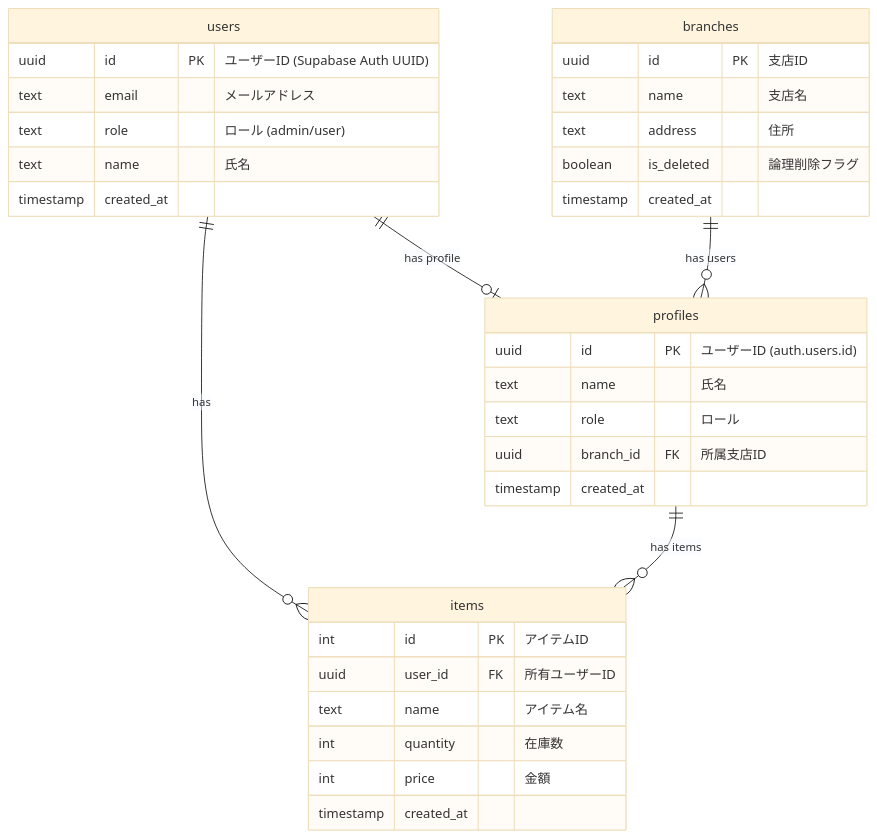
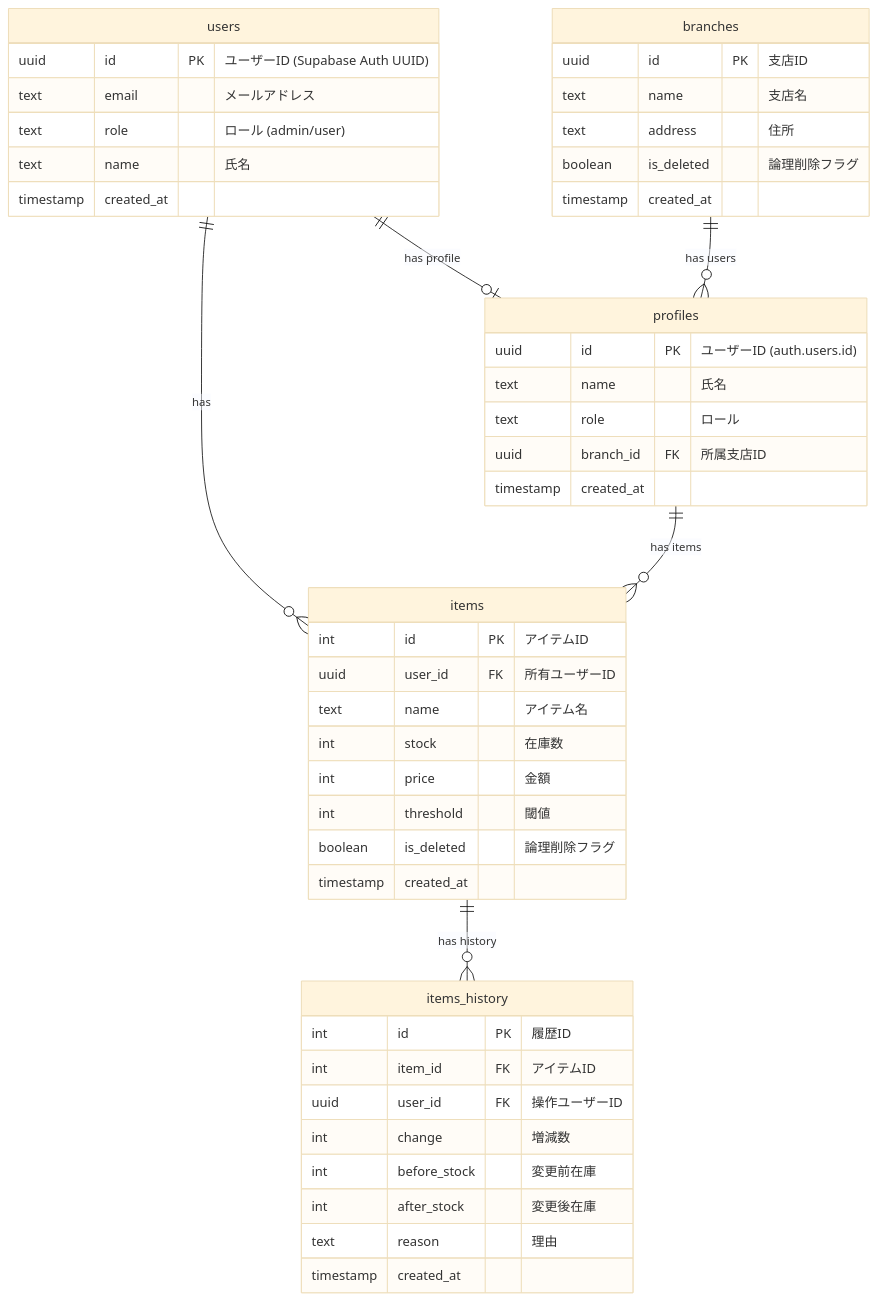
Before and after one commit to hitodeman/every_item_mng: the diagram in context/architect/db-er.md, drawn with Mermaid (base theme). The commit also changed other lines of this file and 19 other files, not shown here.

````diff
--- a/context/architect/db-er.md
+++ b/context/architect/db-er.md
@@ -5,40 +5,55 @@
 ```mermaid
 erDiagram
   users {
     uuid id PK "ユーザーID (Supabase Auth UUID)"
     text email "メールアドレス"
     text role "ロール (admin/user)"
     text name "氏名"
     timestamp created_at
   }
 
   branches {
     uuid id PK "支店ID"
     text name "支店名"
     text address "住所"
     boolean is_deleted "論理削除フラグ"
     timestamp created_at
   }
 
   profiles {
     uuid id PK "ユーザーID (auth.users.id)"
     text name "氏名"
     text role "ロール"
     uuid branch_id FK "所属支店ID"
     timestamp created_at
   }
 
+
   items {
     int id PK "アイテムID"
     uuid user_id FK "所有ユーザーID"
     text name "アイテム名"
-    int quantity "在庫数"
+    int stock "在庫数"
     int price "金額"
+    int threshold "閾値"
+    boolean is_deleted "論理削除フラグ"
+    timestamp created_at
+  }
+
+  items_history {
+    int id PK "履歴ID"
+    int item_id FK "アイテムID"
+    uuid user_id FK "操作ユーザーID"
+    int change "増減数"
+    int before_stock "変更前在庫"
+    int after_stock "変更後在庫"
+    text reason "理由"
     timestamp created_at
   }
 
   users ||--o{ items : "has"
   users ||--o| profiles : "has profile"
   branches ||--o{ profiles : "has users"
   profiles ||--o{ items : "has items"
+  items ||--o{ items_history : "has history"
 ```
````
